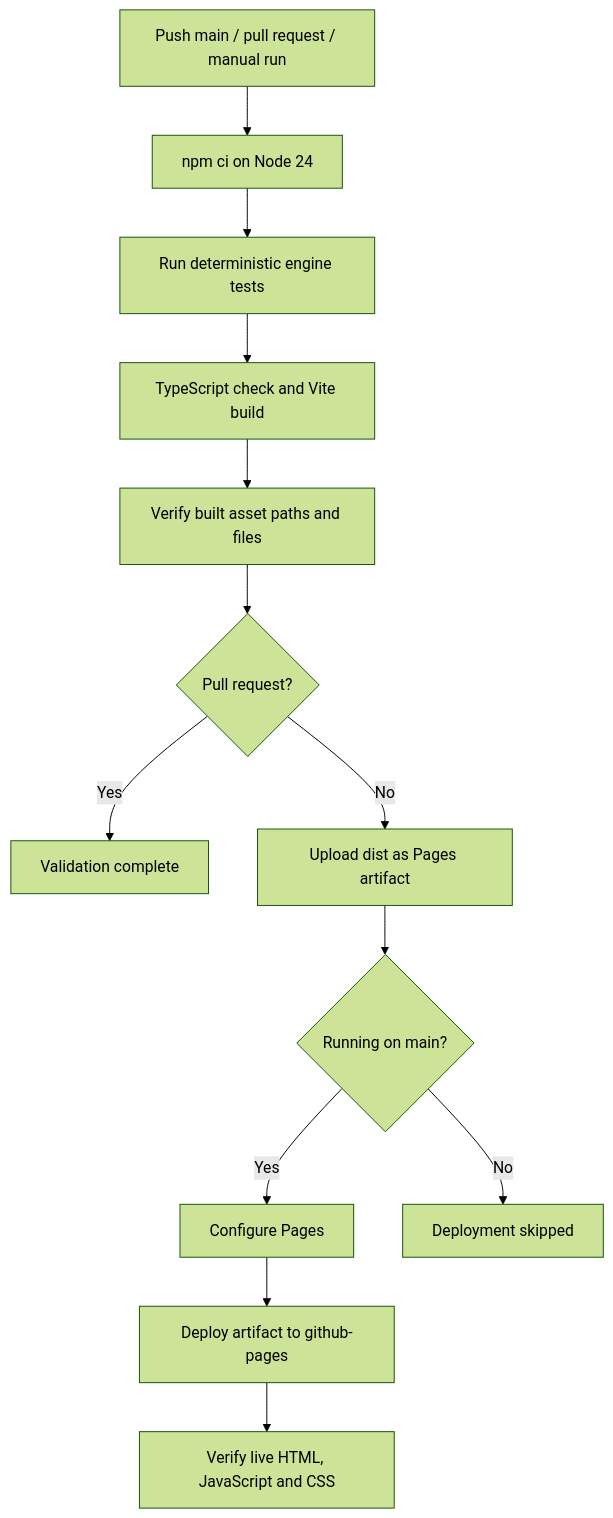
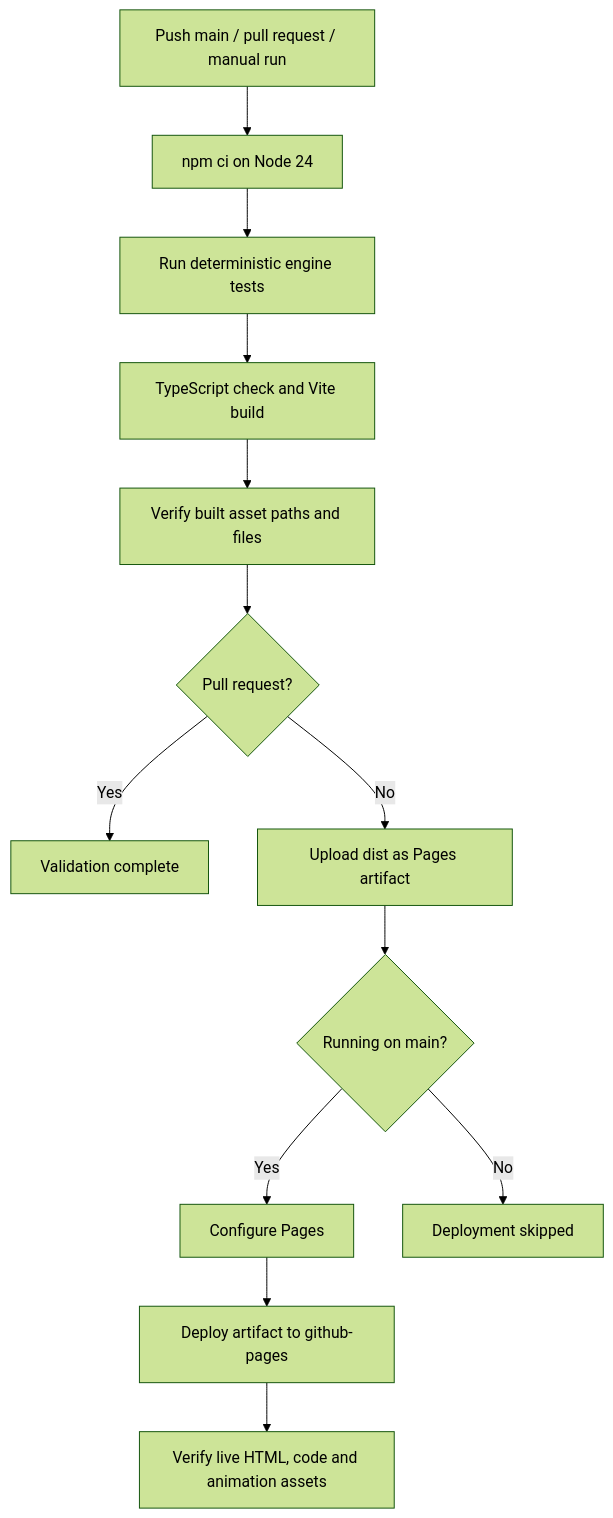
The diagram in docs/DEPLOYMENT.md (CptNope/Echoes-of-the-Shattered-Crown), drawn with Mermaid (forest theme) before and after one commit. The commit also changed other lines of this file and 35 other files, not shown here.

````diff
--- a/docs/DEPLOYMENT.md
+++ b/docs/DEPLOYMENT.md
@@ -22,15 +22,15 @@
 ```mermaid
 flowchart TD
     Trigger[Push main / pull request / manual run] --> Install[npm ci on Node 24]
     Install --> Test[Run deterministic engine tests]
     Test --> Build[TypeScript check and Vite build]
     Build --> Paths[Verify built asset paths and files]
     Paths --> PR{Pull request?}
     PR -->|Yes| Finish[Validation complete]
     PR -->|No| Upload[Upload dist as Pages artifact]
     Upload --> Main{Running on main?}
     Main -->|Yes| Configure[Configure Pages]
     Configure --> Deploy[Deploy artifact to github-pages]
-    Deploy --> Live[Verify live HTML, JavaScript and CSS]
+    Deploy --> Live[Verify live HTML, code and animation assets]
     Main -->|No| Skip[Deployment skipped]
 ```
````
